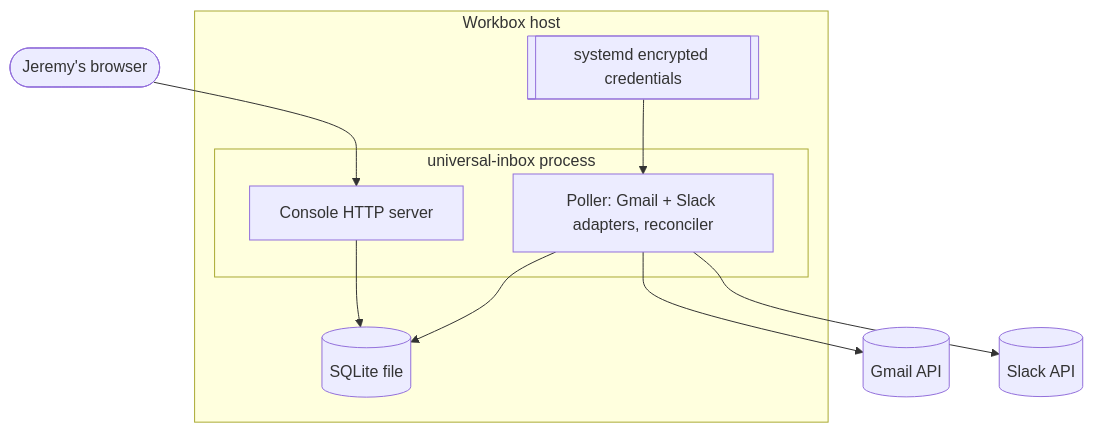
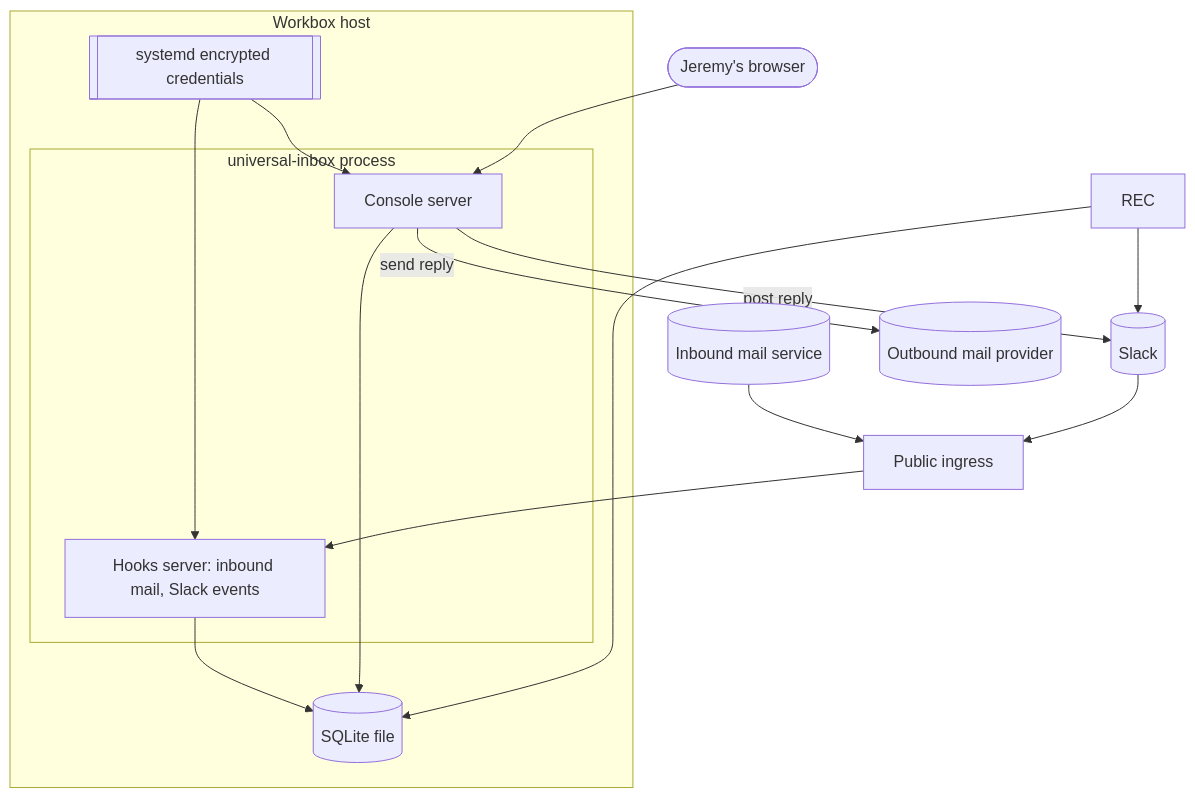
One commit to JMLegere/comms-terminal changed the second of 3 diagrams in docs/prd.md. Above: the diagram before and after it, drawn with Mermaid. The commit also changed other lines of this file and 17 other files, not shown here.

````diff
--- a/docs/prd.md
+++ b/docs/prd.md
@@ -239,17 +258,22 @@
 ```mermaid
 flowchart TB
   subgraph Workbox[Workbox host]
     subgraph P[universal-inbox process]
-      POLL[Poller: Gmail + Slack adapters, reconciler]
-      WEB[Console HTTP server]
+      HOOKS[Hooks server: inbound mail, Slack events]
+      WEB[Console server]
     end
     DB[(SQLite file)]
     CRED[[systemd encrypted credentials]]
   end
-  CRED --> POLL
-  POLL --> DB
+  ING[Public ingress] --> HOOKS
+  IM[(Inbound mail service)] --> ING
+  SL[(Slack)] --> ING
+  CRED --> HOOKS & WEB
+  HOOKS --> DB
+  REC --> DB
+  REC --> SL
   WEB --> DB
-  POLL --> GA[(Gmail API)]
-  POLL --> SA[(Slack API)]
+  WEB -->|send reply| OM[(Outbound mail provider)]
+  WEB -->|post reply| SL
   Browser([Jeremy's browser]) --> WEB
 ```
````
